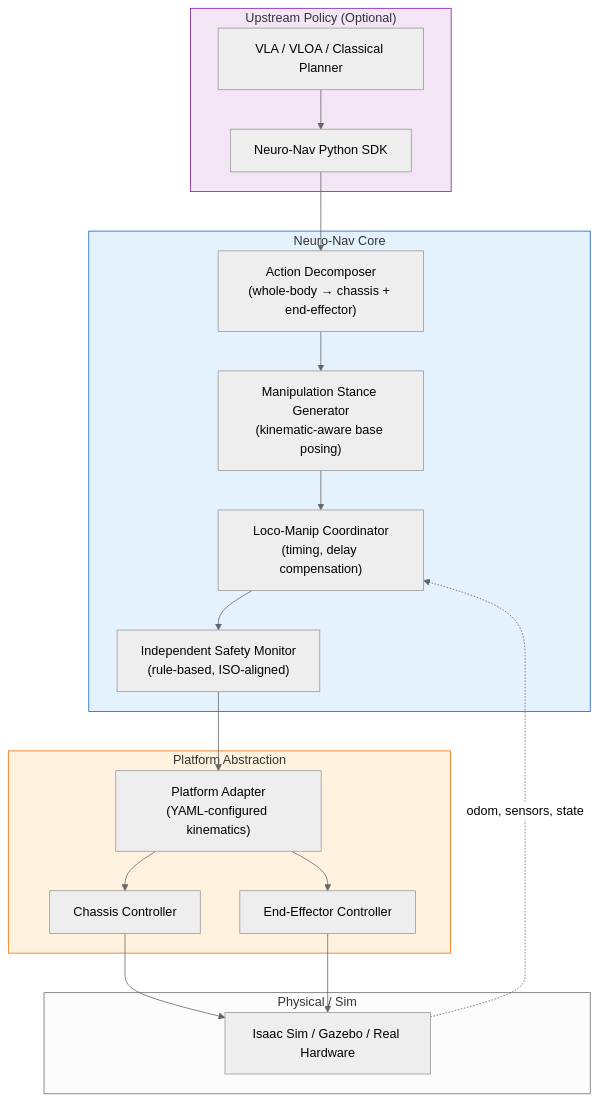
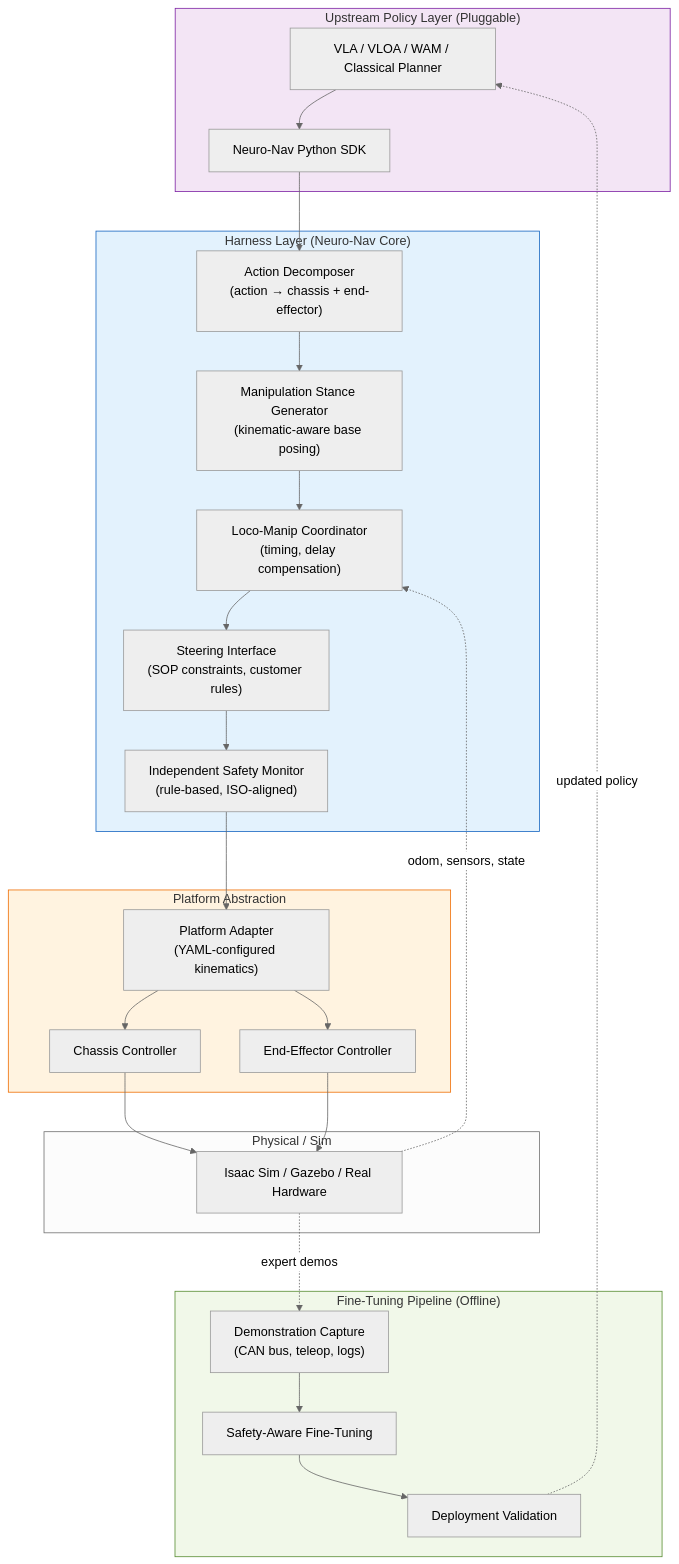
One commit to haiguangboy/Neuro-Nav changed the diagram in README.md. Above: the diagram before and after it, drawn with Mermaid (neutral theme). The commit also changed other lines of this file, not shown here.

Commit message:
add  Harness Layer to roadmap.

````diff
--- a/README.md
+++ b/README.md
@@ -83,39 +105,52 @@
 ```mermaid
 graph TD
-    subgraph Upstream ["Upstream Policy (Optional)"]
+    subgraph Upstream ["Upstream Policy Layer (Pluggable)"]
         style Upstream fill:#f3e5f5,stroke:#7b1fa2
-        VLA["VLA / VLOA / Classical Planner"]
+        Models["VLA / VLOA / WAM / Classical Planner"]
         SDK["Neuro-Nav Python SDK"]
     end
 
-    subgraph Core ["Neuro-Nav Core"]
-        style Core fill:#e3f2fd,stroke:#1565c0
-        Decomposer["Action Decomposer<br/>(whole-body → chassis + end-effector)"]
+    subgraph Harness ["Harness Layer (Neuro-Nav Core)"]
+        style Harness fill:#e3f2fd,stroke:#1565c0
+        Decomposer["Action Decomposer<br/>(action → chassis + end-effector)"]
         Stance["Manipulation Stance Generator<br/>(kinematic-aware base posing)"]
         Coordinator["Loco-Manip Coordinator<br/>(timing, delay compensation)"]
+        Steering["Steering Interface<br/>(SOP constraints, customer rules)"]
         Safety["Independent Safety Monitor<br/>(rule-based, ISO-aligned)"]
     end
 
     subgraph Platform ["Platform Abstraction"]
         style Platform fill:#fff3e0,stroke:#ef6c00
         Adapter["Platform Adapter<br/>(YAML-configured kinematics)"]
         Chassis["Chassis Controller"]
         EE["End-Effector Controller"]
     end
 
     subgraph Hardware ["Physical / Sim"]
         Isaac["Isaac Sim / Gazebo / Real Hardware"]
     end
 
-    VLA --> SDK
+    subgraph Pipeline ["Fine-Tuning Pipeline (Offline)"]
+        style Pipeline fill:#f1f8e9,stroke:#558b2f
+        DataCap["Demonstration Capture<br/>(CAN bus, teleop, logs)"]
+        FineTune["Safety-Aware Fine-Tuning"]
+        Validate["Deployment Validation"]
+    end
+
+    Models --> SDK
     SDK --> Decomposer
     Decomposer --> Stance
     Stance --> Coordinator
-    Coordinator --> Safety
+    Coordinator --> Steering
+    Steering --> Safety
     Safety --> Adapter
     Adapter --> Chassis
     Adapter --> EE
     Chassis --> Isaac
     EE --> Isaac
     Isaac -.->|odom, sensors, state| Coordinator
+    Isaac -.->|expert demos| DataCap
+    DataCap --> FineTune
+    FineTune --> Validate
+    Validate -.->|updated policy| Models
 ```
````
